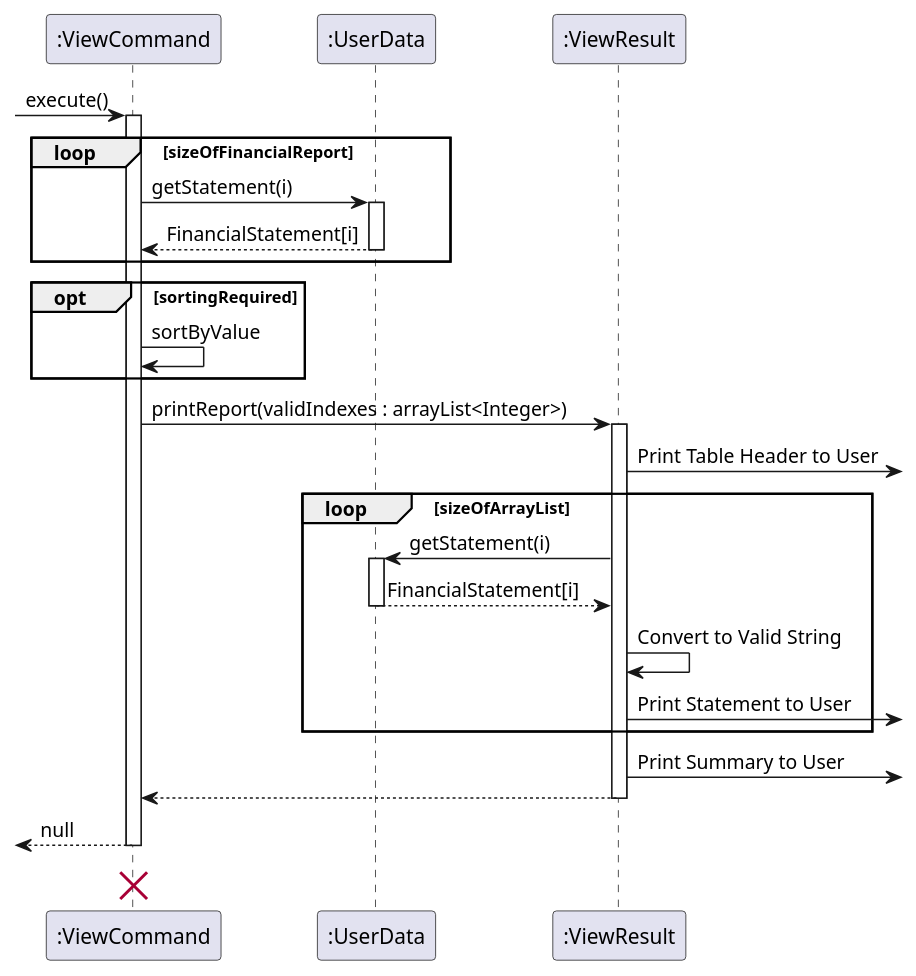
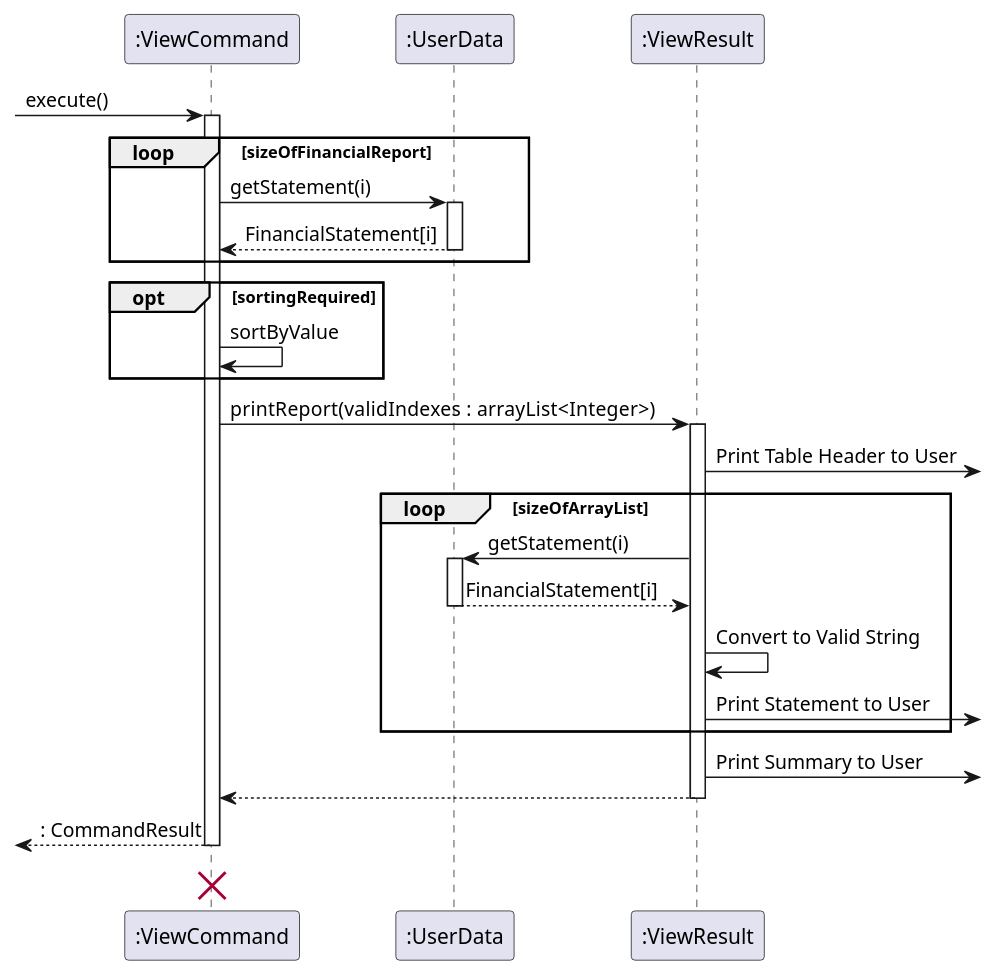
Before and after one commit to nus-cs2113-AY2223S2/tp: the diagram in docs/diagrams/ViewCommand.puml, drawn with PlantUML. The commit also changed 4 other files, not shown here.

```diff
--- a/docs/diagrams/ViewCommand.puml
+++ b/docs/diagrams/ViewCommand.puml
@@ -1,40 +1,40 @@
 @startuml
 participant ":ViewCommand" as ViewCommand
 participant ":UserData" as UserData
 participant ":ViewResult" as ViewResult
 
 [-> ViewCommand : execute()
 activate ViewCommand
 
 loop sizeOfFinancialReport
     ViewCommand -> UserData : getStatement(i)
     activate UserData
     UserData --> ViewCommand: FinancialStatement[i]
     deactivate UserData
     end
         opt sortingRequired
         ViewCommand -> ViewCommand : sortByValue
     end
 
-    ViewCommand -> ViewResult : printReport(validIndexes : arrayList<Integer>)
+    ViewCommand -> ViewResult : printReport(validIndexes  :  arrayList<Integer>)
     activate ViewResult
 
 ViewResult ->] : Print Table Header to User
 loop sizeOfArrayList
     ViewResult -> UserData : getStatement(i)
     activate UserData
     UserData --> ViewResult: FinancialStatement[i]
     deactivate UserData
     ViewResult -> ViewResult : Convert to Valid String
     ViewResult ->] : Print Statement to User
     end
     ViewResult ->] : Print Summary to User
     ViewResult --> ViewCommand
     deactivate ViewResult
 
-ViewCommand -->[ : null
+ViewCommand -->[ : : CommandResult
 deactivate ViewCommand
 ViewCommand <-[hidden]- ViewCommand
 'Hidden arrow to position the destroy marker below the end of the activation bar.
 destroy ViewCommand
 @enduml
```
